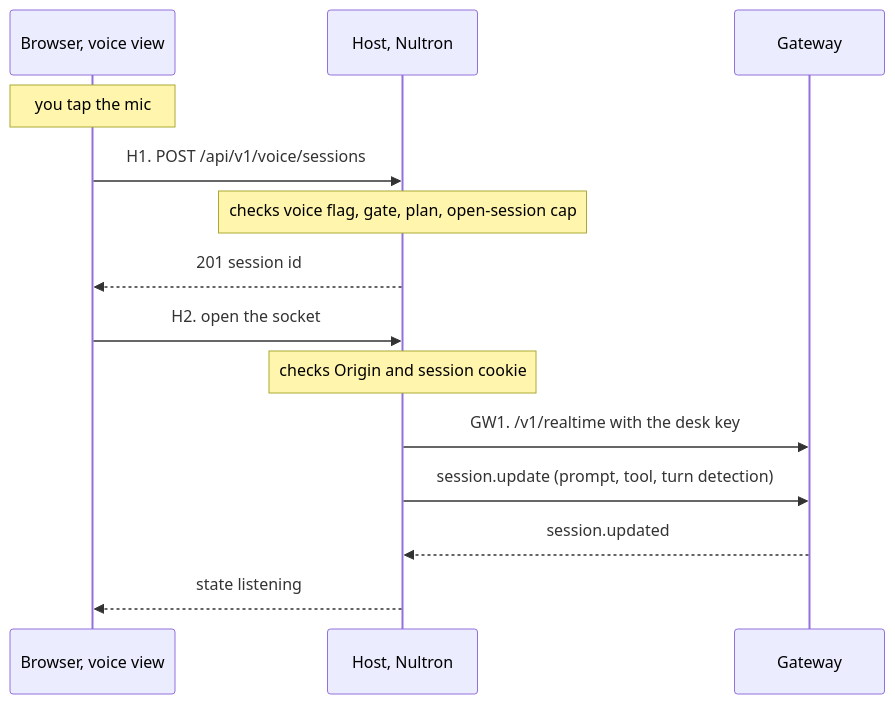
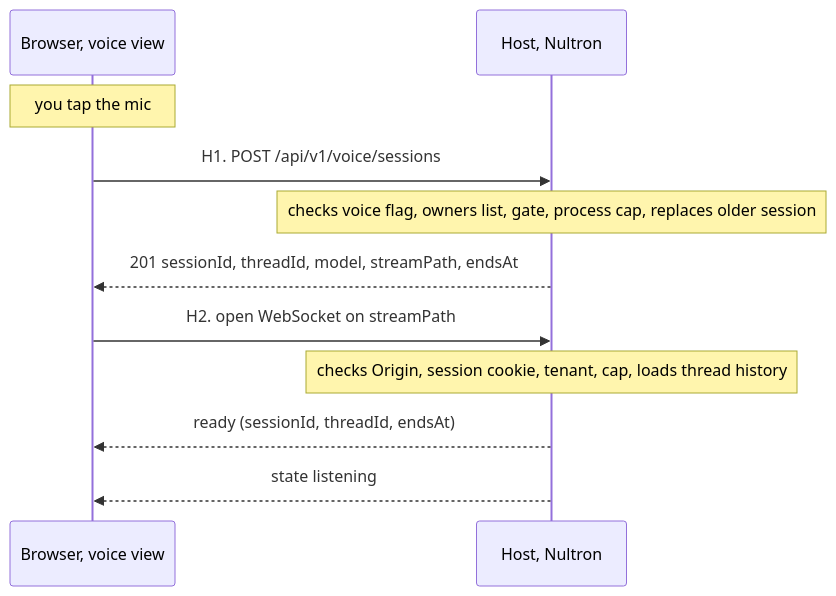
One commit to Kyoo032/Nultron changed the second of 9 diagrams in docs/internal/voice-mode-plan.md. Above: the diagram before and after it, drawn with Mermaid. The commit also changed other lines of this file, not shown here.

First line of the commit message:
docs(voice): the plan after Day 0, an HTTP talker

````diff
--- a/docs/internal/voice-mode-plan.md
+++ b/docs/internal/voice-mode-plan.md
@@ -174,16 +226,13 @@
 ```mermaid
 sequenceDiagram
   participant B as Browser, voice view
   participant H as Host, Nultron
-  participant G as Gateway
   Note over B: you tap the mic
   B->>H: H1. POST /api/v1/voice/sessions
-  Note over H: checks voice flag, gate, plan, open-session cap
-  H-->>B: 201 session id
-  B->>H: H2. open the socket
-  Note over H: checks Origin and session cookie
-  H->>G: GW1. /v1/realtime with the desk key
-  H->>G: session.update (prompt, tool, turn detection)
-  G-->>H: session.updated
+  Note over H: checks voice flag, owners list, gate, process cap, replaces older session
+  H-->>B: 201 sessionId, threadId, model, streamPath, endsAt
+  B->>H: H2. open WebSocket on streamPath
+  Note over H: checks Origin, session cookie, tenant, cap, loads thread history
+  H-->>B: ready (sessionId, threadId, endsAt)
   H-->>B: state listening
 ```
````
